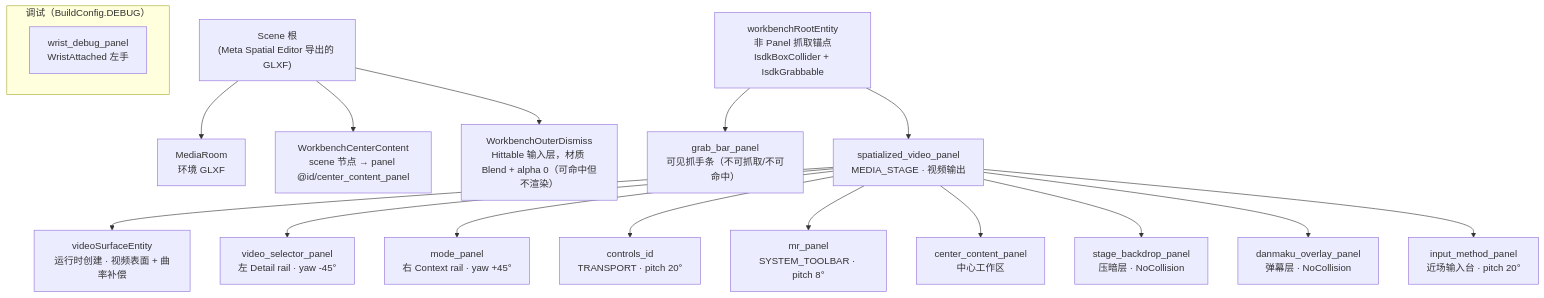
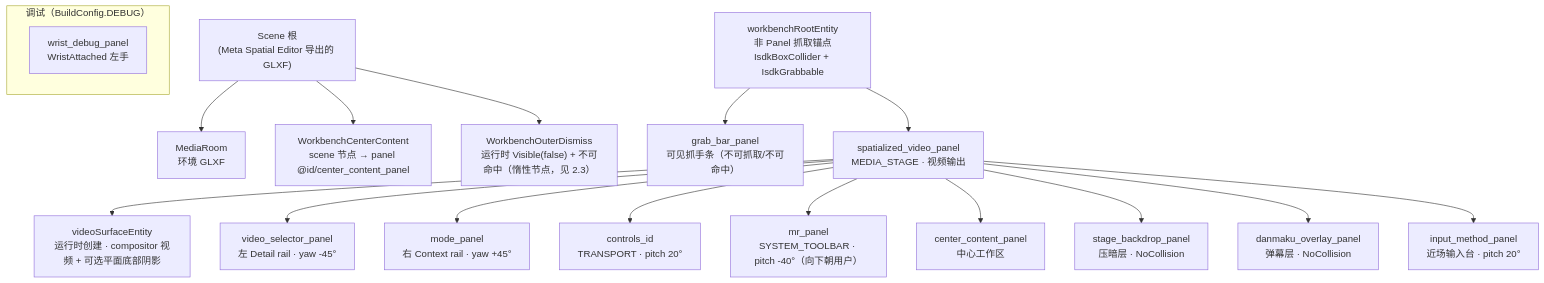
Before and after one commit to Powdered-Delta/viriviri: the first of 4 diagrams in docs/ui-structure-and-terminology.md, drawn with Mermaid. The commit also changed other lines of this file and 80 other files, not shown here.

````diff
--- a/docs/ui-structure-and-terminology.md
+++ b/docs/ui-structure-and-terminology.md
@@ -77,25 +77,25 @@
 ```mermaid
 graph TD
     Scene["Scene 根<br/>(Meta Spatial Editor 导出的 GLXF)"]
     Scene --> MediaRoom["MediaRoom<br/>环境 GLXF"]
     Scene --> CenterAuthored["WorkbenchCenterContent<br/>scene 节点 → panel @id/center_content_panel"]
-    Scene --> OuterDismiss["WorkbenchOuterDismiss<br/>Hittable 输入层，材质 Blend + alpha 0（可命中但不渲染）"]
+    Scene --> OuterDismiss["WorkbenchOuterDismiss<br/>运行时 Visible(false) + 不可命中（惰性节点，见 2.3）"]
 
     Root["workbenchRootEntity<br/>非 Panel 抓取锚点<br/>IsdkBoxCollider + IsdkGrabbable"]
     Root --> GrabBar["grab_bar_panel<br/>可见抓手条（不可抓取/不可命中）"]
     Root --> Stage["spatialized_video_panel<br/>MEDIA_STAGE · 视频输出"]
 
-    Stage --> Surface["videoSurfaceEntity<br/>运行时创建 · 视频表面 + 曲率补偿"]
+    Stage --> Surface["videoSurfaceEntity<br/>运行时创建 · compositor 视频 + 可选平面底部阴影"]
     Stage --> LeftRail["video_selector_panel<br/>左 Detail rail · yaw -45°"]
     Stage --> RightRail["mode_panel<br/>右 Context rail · yaw +45°"]
     Stage --> Transport["controls_id<br/>TRANSPORT · pitch 20°"]
-    Stage --> Nav["mr_panel<br/>SYSTEM_TOOLBAR · pitch 8°"]
+    Stage --> Nav["mr_panel<br/>SYSTEM_TOOLBAR · pitch -40°（向下朝用户）"]
     Stage --> Center["center_content_panel<br/>中心工作区"]
     Stage --> Backdrop["stage_backdrop_panel<br/>压暗层 · NoCollision"]
     Stage --> Danmaku["danmaku_overlay_panel<br/>弹幕层 · NoCollision"]
     Stage --> Ime["input_method_panel<br/>近场输入台 · pitch 20°"]
 
     subgraph Wrist["调试（BuildConfig.DEBUG）"]
         WristPanel["wrist_debug_panel<br/>WristAttached 左手"]
     end
 ```
````
